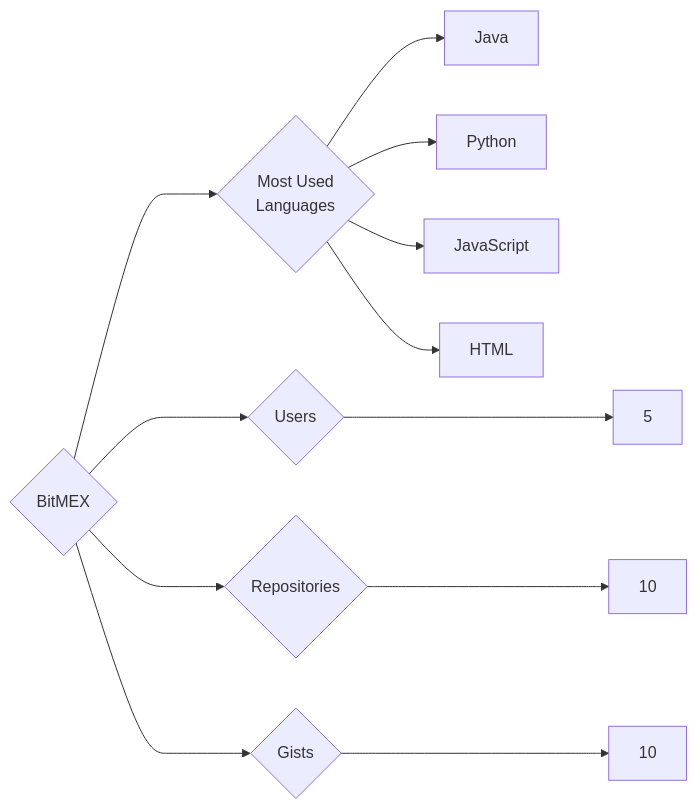
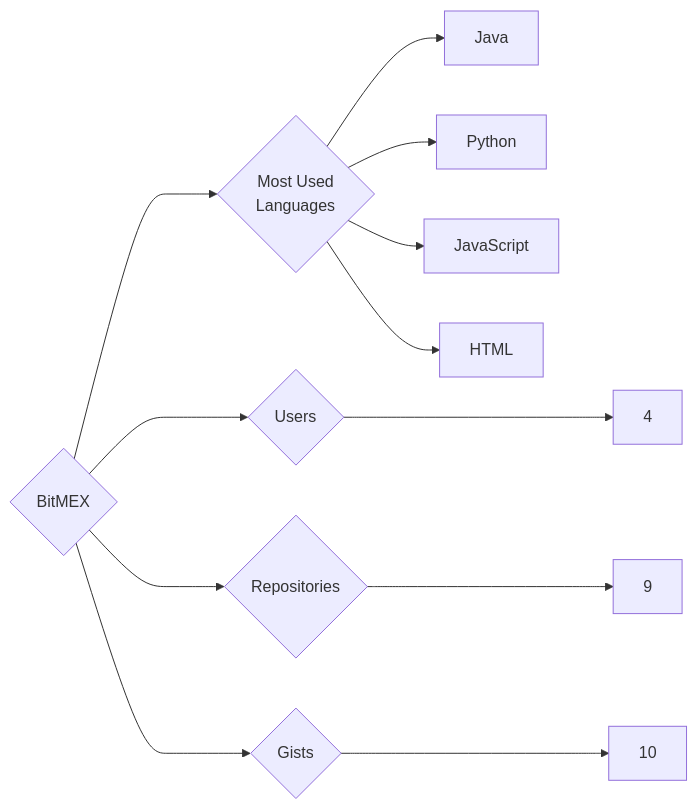
The diagram in targets/BitMEX/README.md (trickest/insiders), drawn with Mermaid before and after one commit. The commit also changed 934 other files, not shown here.

````diff
--- a/targets/BitMEX/README.md
+++ b/targets/BitMEX/README.md
@@ -3,12 +3,12 @@
 ```mermaid
 graph LR
 COMPANY_NAME{BitMEX}
-COMPANY_NAME ---> U{Users} ---> UN[5]
-COMPANY_NAME ---> R{Repositories} ---> RN[10]
+COMPANY_NAME ---> U{Users} ---> UN[4]
+COMPANY_NAME ---> R{Repositories} ---> RN[9]
 COMPANY_NAME ---> G{Gists} ---> GN[10]
 COMPANY_NAME ---> ML{Most Used<br>Languages}
 ML --> Java[Java]
 ML --> Python[Python]
 ML --> JavaScript[JavaScript]
 ML --> HTML[HTML]
 ```
````
